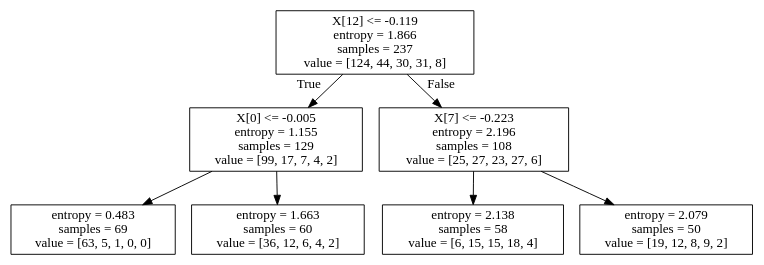
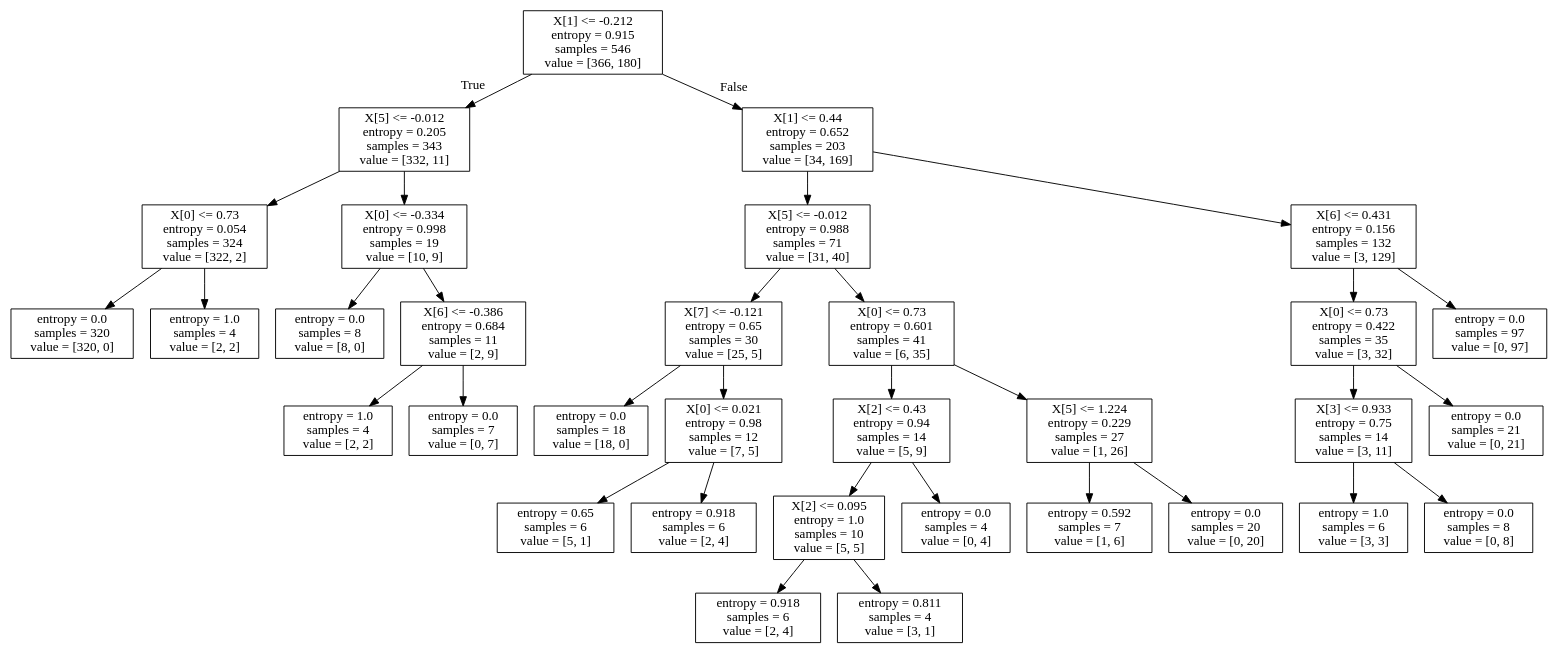
One commit to SujeethJinesh/CS4641 changed the diagram in SupervisedLearning/tree.dot. Above: the diagram before and after it, drawn with Graphviz. The commit also changed 20 other files, not shown here.

```diff
--- a/SupervisedLearning/tree.dot
+++ b/SupervisedLearning/tree.dot
@@ -1,16 +1,68 @@
 digraph Tree {
 node [shape=box] ;
-0 [label="X[12] <= -0.119\nentropy = 1.866\nsamples = 237\nvalue = [124, 44, 30, 31, 8]"] ;
-1 [label="X[0] <= -0.005\nentropy = 1.155\nsamples = 129\nvalue = [99, 17, 7, 4, 2]"] ;
+0 [label="X[1] <= -0.212\nentropy = 0.915\nsamples = 546\nvalue = [366, 180]"] ;
+1 [label="X[5] <= -0.012\nentropy = 0.205\nsamples = 343\nvalue = [332, 11]"] ;
 0 -> 1 [labeldistance=2.5, labelangle=45, headlabel="True"] ;
-2 [label="entropy = 0.483\nsamples = 69\nvalue = [63, 5, 1, 0, 0]"] ;
+2 [label="X[0] <= 0.73\nentropy = 0.054\nsamples = 324\nvalue = [322, 2]"] ;
 1 -> 2 ;
-3 [label="entropy = 1.663\nsamples = 60\nvalue = [36, 12, 6, 4, 2]"] ;
-1 -> 3 ;
-4 [label="X[7] <= -0.223\nentropy = 2.196\nsamples = 108\nvalue = [25, 27, 23, 27, 6]"] ;
-0 -> 4 [labeldistance=2.5, labelangle=-45, headlabel="False"] ;
-5 [label="entropy = 2.138\nsamples = 58\nvalue = [6, 15, 15, 18, 4]"] ;
-4 -> 5 ;
-6 [label="entropy = 2.079\nsamples = 50\nvalue = [19, 12, 8, 9, 2]"] ;
-4 -> 6 ;
+3 [label="entropy = 0.0\nsamples = 320\nvalue = [320, 0]"] ;
+2 -> 3 ;
+4 [label="entropy = 1.0\nsamples = 4\nvalue = [2, 2]"] ;
+2 -> 4 ;
+5 [label="X[0] <= -0.334\nentropy = 0.998\nsamples = 19\nvalue = [10, 9]"] ;
+1 -> 5 ;
+6 [label="entropy = 0.0\nsamples = 8\nvalue = [8, 0]"] ;
+5 -> 6 ;
+7 [label="X[6] <= -0.386\nentropy = 0.684\nsamples = 11\nvalue = [2, 9]"] ;
+5 -> 7 ;
+8 [label="entropy = 1.0\nsamples = 4\nvalue = [2, 2]"] ;
+7 -> 8 ;
+9 [label="entropy = 0.0\nsamples = 7\nvalue = [0, 7]"] ;
+7 -> 9 ;
+10 [label="X[1] <= 0.44\nentropy = 0.652\nsamples = 203\nvalue = [34, 169]"] ;
+0 -> 10 [labeldistance=2.5, labelangle=-45, headlabel="False"] ;
+11 [label="X[5] <= -0.012\nentropy = 0.988\nsamples = 71\nvalue = [31, 40]"] ;
+10 -> 11 ;
+12 [label="X[7] <= -0.121\nentropy = 0.65\nsamples = 30\nvalue = [25, 5]"] ;
+11 -> 12 ;
+13 [label="entropy = 0.0\nsamples = 18\nvalue = [18, 0]"] ;
+12 -> 13 ;
+14 [label="X[0] <= 0.021\nentropy = 0.98\nsamples = 12\nvalue = [7, 5]"] ;
+12 -> 14 ;
+15 [label="entropy = 0.65\nsamples = 6\nvalue = [5, 1]"] ;
+14 -> 15 ;
+16 [label="entropy = 0.918\nsamples = 6\nvalue = [2, 4]"] ;
+14 -> 16 ;
+17 [label="X[0] <= 0.73\nentropy = 0.601\nsamples = 41\nvalue = [6, 35]"] ;
+11 -> 17 ;
+18 [label="X[2] <= 0.43\nentropy = 0.94\nsamples = 14\nvalue = [5, 9]"] ;
+17 -> 18 ;
+19 [label="X[2] <= 0.095\nentropy = 1.0\nsamples = 10\nvalue = [5, 5]"] ;
+18 -> 19 ;
+20 [label="entropy = 0.918\nsamples = 6\nvalue = [2, 4]"] ;
+19 -> 20 ;
+21 [label="entropy = 0.811\nsamples = 4\nvalue = [3, 1]"] ;
+19 -> 21 ;
+22 [label="entropy = 0.0\nsamples = 4\nvalue = [0, 4]"] ;
+18 -> 22 ;
+23 [label="X[5] <= 1.224\nentropy = 0.229\nsamples = 27\nvalue = [1, 26]"] ;
+17 -> 23 ;
+24 [label="entropy = 0.592\nsamples = 7\nvalue = [1, 6]"] ;
+23 -> 24 ;
+25 [label="entropy = 0.0\nsamples = 20\nvalue = [0, 20]"] ;
+23 -> 25 ;
+26 [label="X[6] <= 0.431\nentropy = 0.156\nsamples = 132\nvalue = [3, 129]"] ;
+10 -> 26 ;
+27 [label="X[0] <= 0.73\nentropy = 0.422\nsamples = 35\nvalue = [3, 32]"] ;
+26 -> 27 ;
+28 [label="X[3] <= 0.933\nentropy = 0.75\nsamples = 14\nvalue = [3, 11]"] ;
+27 -> 28 ;
+29 [label="entropy = 1.0\nsamples = 6\nvalue = [3, 3]"] ;
+28 -> 29 ;
+30 [label="entropy = 0.0\nsamples = 8\nvalue = [0, 8]"] ;
+28 -> 30 ;
+31 [label="entropy = 0.0\nsamples = 21\nvalue = [0, 21]"] ;
+27 -> 31 ;
+32 [label="entropy = 0.0\nsamples = 97\nvalue = [0, 97]"] ;
+26 -> 32 ;
 }
```
